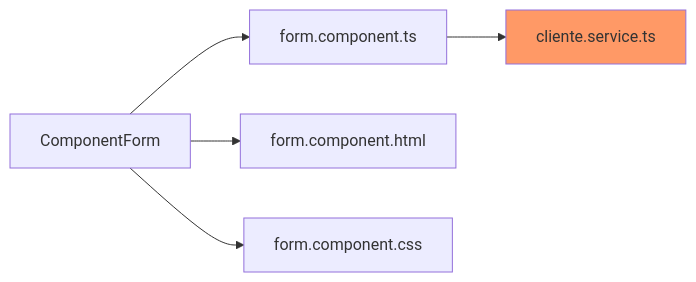
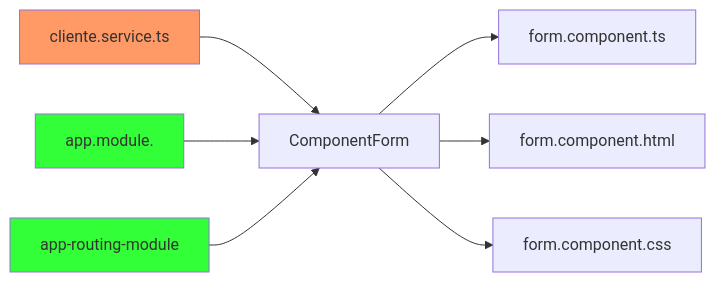
Before and after one commit to crodrigr/spring-boot-angular-confenalco: the diagram in 02_Angular/04_CrearCliente.md, drawn with Mermaid.

````diff
--- a/02_Angular/04_CrearCliente.md
+++ b/02_Angular/04_CrearCliente.md
@@ -4,9 +4,13 @@
 ```mermaid
 flowchart LR
     A[ComponentForm]-->C[form.component.ts]
     A-->D[form.component.html]
     A-->E[form.component.css]
-    C-->F[cliente.service.ts]:::someclass
-    classDef someclass fill:#f96  
+    F[cliente.service.ts]:::someclass-->A
+    classDef someclass fill:#f96
+    G[app.module.]:::someclass1-->A
+    classDef someclass1 fill:#33FF39
+    H[app-routing-module]:::someclass1-->A
+    classDef someclass1 fill:#33FF39 
 
 ```
````
